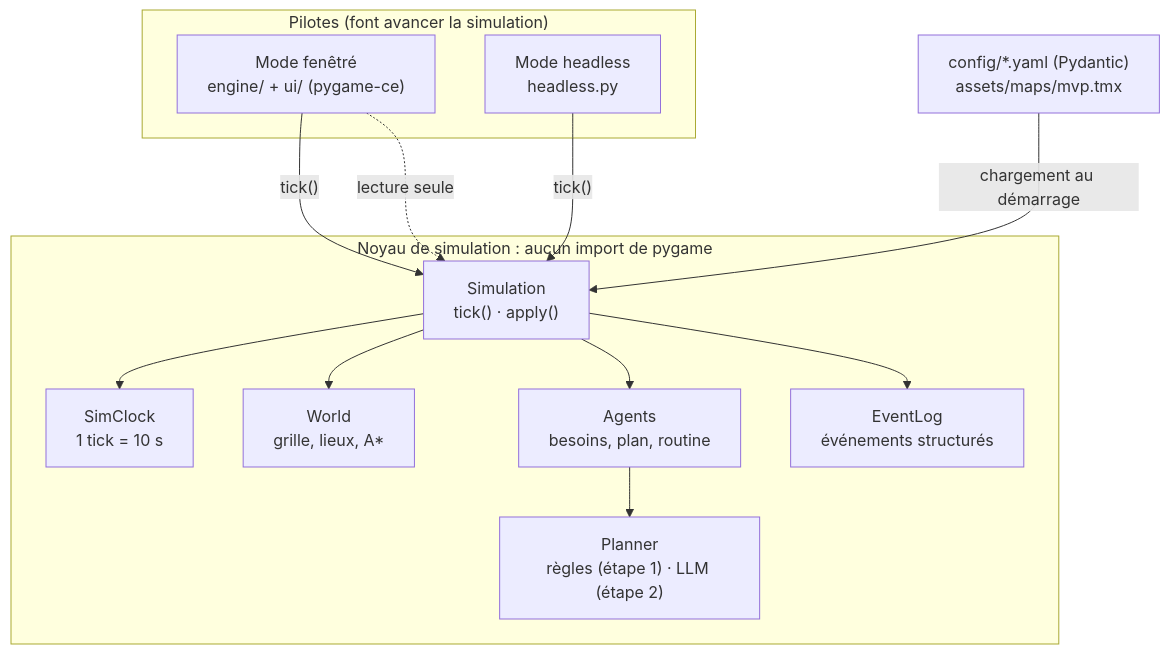
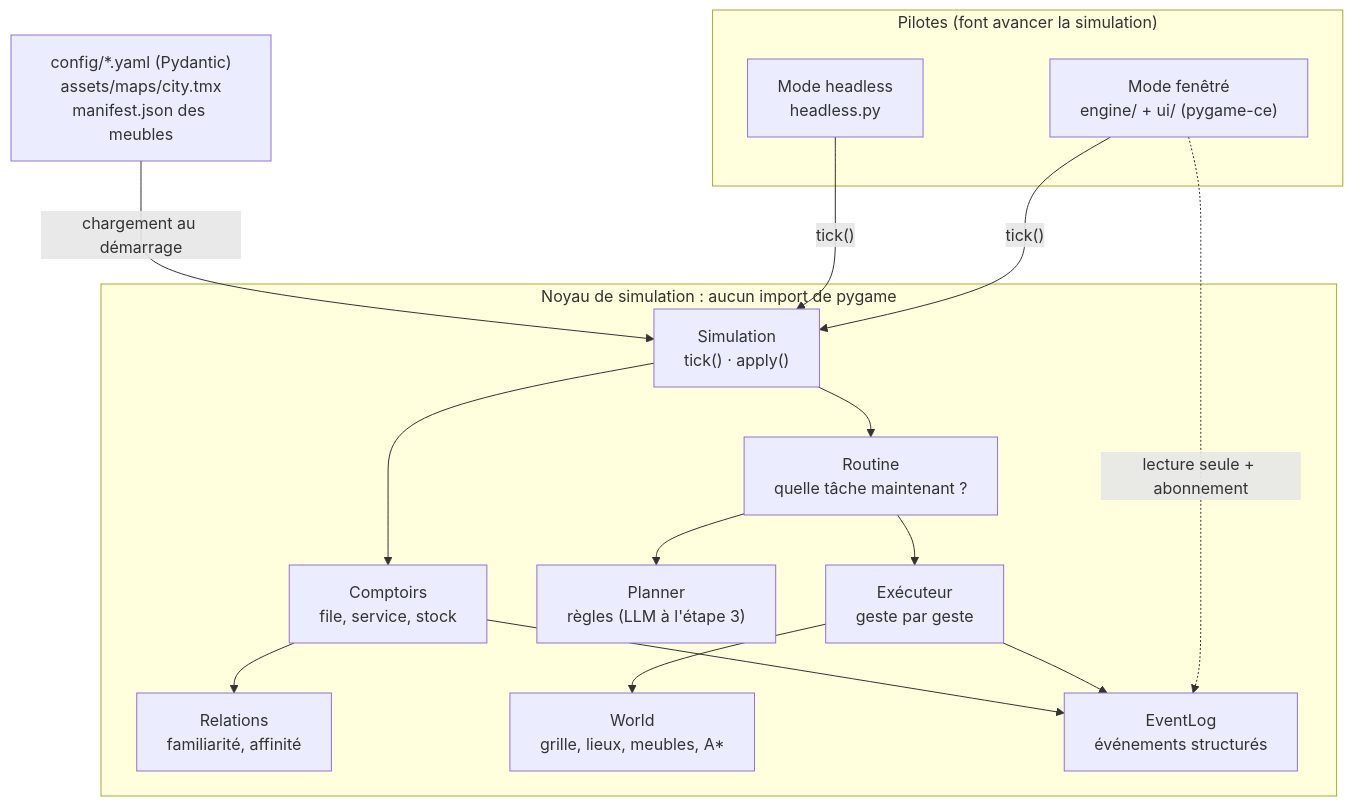
Before and after one commit to JonathanCybSec/pixelcity: the first of 3 diagrams in ARCHITECTURE.md, drawn with Mermaid. The commit also changed other lines of this file and 7 other files, not shown here.

````diff
--- a/ARCHITECTURE.md
+++ b/ARCHITECTURE.md
@@ -7,23 +7,28 @@
 ```mermaid
 flowchart TB
     subgraph pilotes["Pilotes (font avancer la simulation)"]
         app["Mode fenêtré<br/>engine/ + ui/ (pygame-ce)"]
         headless["Mode headless<br/>headless.py"]
     end
     subgraph noyau["Noyau de simulation : aucun import de pygame"]
         sim["Simulation<br/>tick() · apply()"]
-        clock["SimClock<br/>1 tick = 10 s"]
-        world["World<br/>grille, lieux, A*"]
-        agents["Agents<br/>besoins, plan, routine"]
-        planner["Planner<br/>règles (étape 1) · LLM (étape 2)"]
+        routine["Routine<br/>quelle tâche maintenant ?"]
+        executor["Exécuteur<br/>geste par geste"]
+        planner["Planner<br/>règles (LLM à l'étape 3)"]
+        desks["Comptoirs<br/>file, service, stock"]
+        relations["Relations<br/>familiarité, affinité"]
+        world["World<br/>grille, lieux, meubles, A*"]
         events["EventLog<br/>événements structurés"]
     end
-    data["config/*.yaml (Pydantic)<br/>assets/maps/mvp.tmx"]
+    data["config/*.yaml (Pydantic)<br/>assets/maps/city.tmx<br/>manifest.json des meubles"]
 
     app -->|"tick()"| sim
     headless -->|"tick()"| sim
-    app -.->|lecture seule| sim
-    sim --> clock & world & agents & events
-    agents --> planner
+    app -.->|lecture seule + abonnement| events
+    sim --> routine --> executor
+    routine --> planner
+    executor --> world
+    sim --> desks --> relations
+    executor & desks --> events
     data -->|chargement au démarrage| sim
 ```
````
